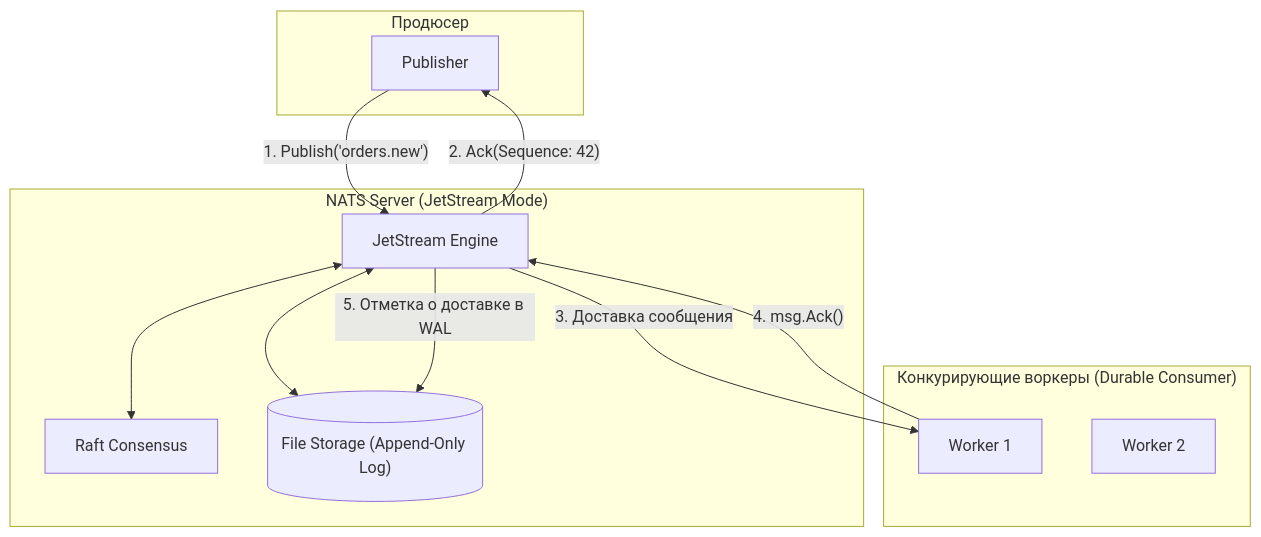
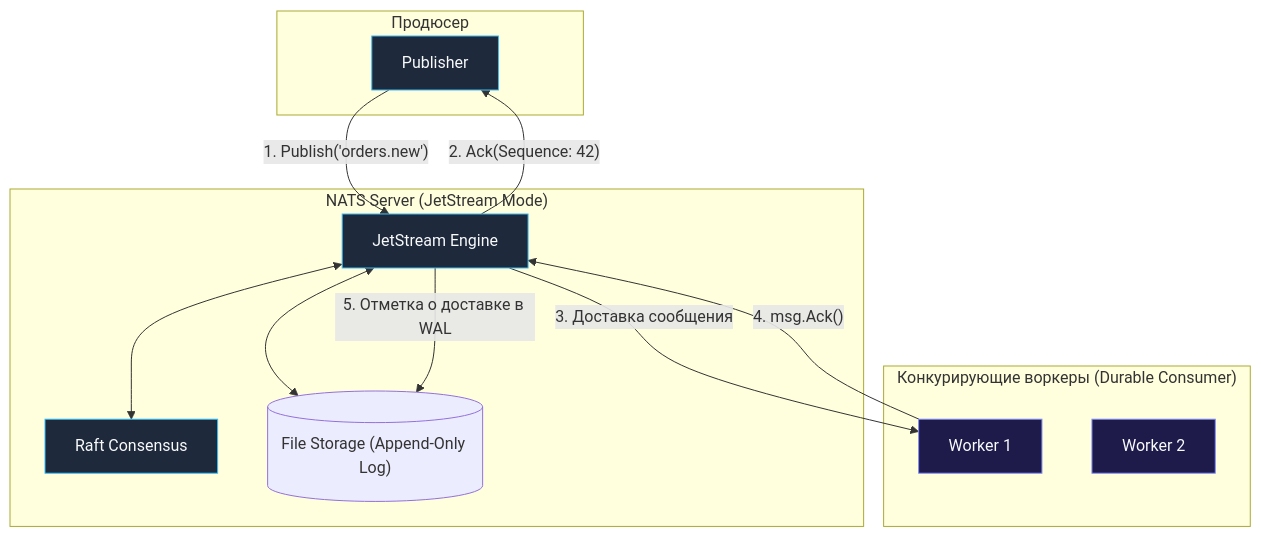
The second of 2 diagrams in sources/13. Очереди, брокеры сообщений и оркестраторы/04. NATS/2. Core NATS vs JetStream.md (UnrealTemplier/go-textbook), drawn with Mermaid before and after one commit. The commit also changed other lines of this file and 1666 other files, not shown here.

First line of the commit message:
feat(mermaid): add semantic color classDef to 1369 colorless flowchart/graph diagrams

````diff
--- a/sources/13. Очереди, брокеры сообщений и оркестраторы/04. NATS/2. Core NATS vs JetStream.md
+++ b/sources/13. Очереди, брокеры сообщений и оркестраторы/04. NATS/2. Core NATS vs JetStream.md
@@ -125,25 +135,35 @@
 ```mermaid
 flowchart TD
+    classDef process  fill:#1e293b,stroke:#38bdf8,stroke-width:1px,color:#f8fafc
+    classDef success  fill:#064e3b,stroke:#34d399,stroke-width:1px,color:#f8fafc
+    classDef error    fill:#7f1d1d,stroke:#f87171,stroke-width:1px,color:#f8fafc
+    classDef warning  fill:#78350f,stroke:#fbbf24,stroke-width:1px,color:#f8fafc
+    classDef entry    fill:#1e3a5f,stroke:#38bdf8,stroke-width:2px,color:#f8fafc
+    classDef aux      fill:#334155,stroke:#64748b,stroke-width:1px,color:#f8fafc
+    classDef system   fill:#312e81,stroke:#a78bfa,stroke-width:1px,color:#f8fafc
+    classDef data     fill:#132d29,stroke:#2dd4bf,stroke-width:1px,color:#f8fafc
+    classDef network  fill:#881337,stroke:#fb7185,stroke-width:1px,color:#f8fafc
+    classDef accent   fill:#1e1b4b,stroke:#818cf8,stroke-width:1px,color:#f8fafc
     subgraph PublisherSub["Продюсер"]
-        P["Publisher"]
+        P["Publisher"]:::process
     end
 
     subgraph JetStreamServer["NATS Server (JetStream Mode)"]
-        JS["JetStream Engine"]
-        Raft["Raft Consensus"]
+        JS["JetStream Engine"]:::process
+        Raft["Raft Consensus"]:::process
         WAL[("File Storage (Append-Only Log)")]
         JS <--> Raft
         JS <--> WAL
     end
 
     subgraph WorkersGroup["Конкурирующие воркеры (Durable Consumer)"]
-        C1["Worker 1"]
-        C2["Worker 2"]
+        C1["Worker 1"]:::accent
+        C2["Worker 2"]:::accent
     end
 
     P -->|"1. Publish('orders.new')"| JS
     JS -->|"2. Ack(Sequence: 42)"| P
     JS -->|"3. Доставка сообщения"| C1
     C1 -->|"4. msg.Ack()"| JS
     JS -->|"5. Отметка о доставке в WAL"| WAL
 ```
````
